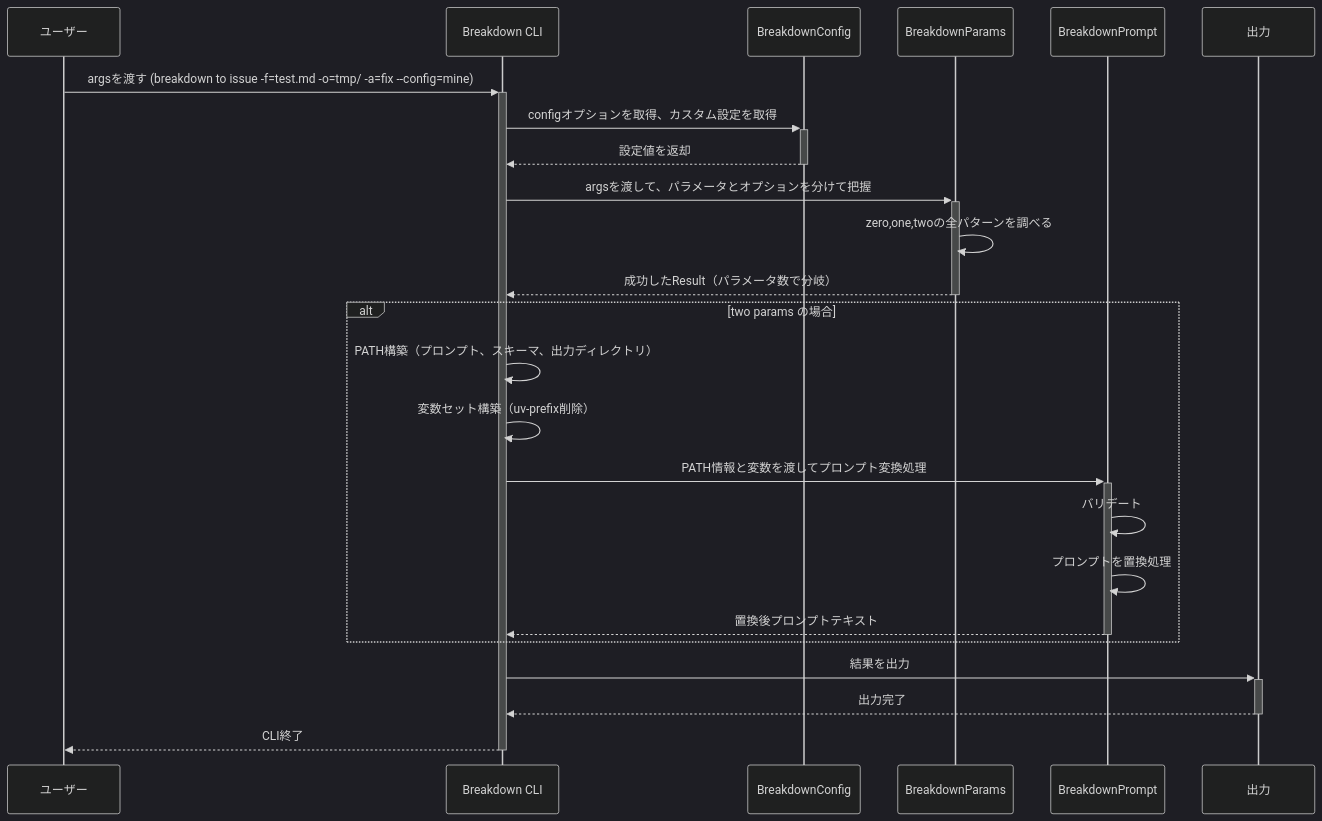
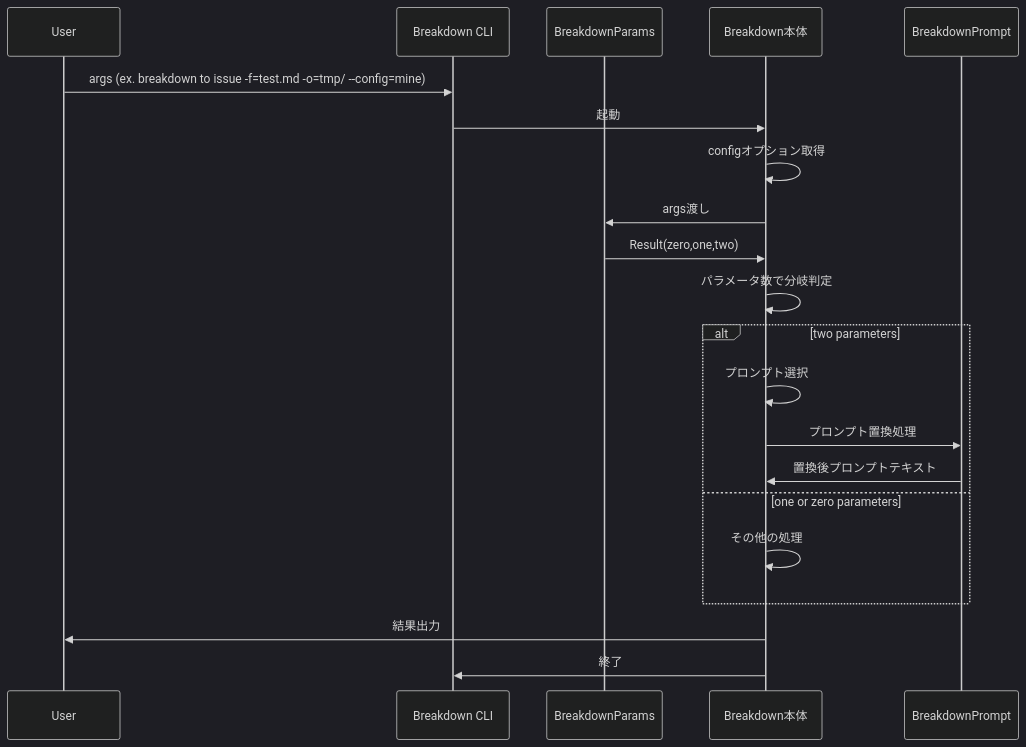
One commit to tettuan/breakdown changed the first of 5 diagrams in docs/breakdown/architecture.ja.md. Above: the diagram before and after it, drawn with Mermaid (dark theme). The commit also changed other lines of this file, not shown here.

First line of the commit message:
docs: アーキテクチャ文書に階層別シーケンス図を追加

````diff
--- a/docs/breakdown/architecture.ja.md
+++ b/docs/breakdown/architecture.ja.md
@@ -125,30 +143,26 @@
 ```mermaid
 sequenceDiagram
-    participant User as ユーザー
+    participant User
     participant CLI as Breakdown CLI
-    participant Config as BreakdownConfig
     participant Params as BreakdownParams
+    participant Core as Breakdown本体
     participant Prompt as BreakdownPrompt
-    participant Output as 出力
-
-    User->>+CLI: argsを渡す (breakdown to issue -f=test.md -o=tmp/ -a=fix --config=mine)
-    CLI->>+Config: configオプションを取得、カスタム設定を取得
-    Config-->>-CLI: 設定値を返却
     
-    CLI->>+Params: argsを渡して、パラメータとオプションを分けて把握
-    Params->>Params: zero,one,twoの全パターンを調べる
-    Params-->>-CLI: 成功したResult（パラメータ数で分岐）
+    User->>CLI: args (ex. breakdown to issue -f=test.md -o=tmp/ --config=mine)
+    CLI->>Core: 起動
+    Core->>Core: configオプション取得
+    Core->>Params: args渡し
+    Params->>Core: Result(zero,one,two)
+    Core->>Core: パラメータ数で分岐判定
     
-    alt two params の場合
-        CLI->>CLI: PATH構築（プロンプト、スキーマ、出力ディレクトリ）
-        CLI->>CLI: 変数セット構築（uv-prefix削除）
-        CLI->>+Prompt: PATH情報と変数を渡してプロンプト変換処理
-        Prompt->>Prompt: バリデート
-        Prompt->>Prompt: プロンプトを置換処理
-        Prompt-->>-CLI: 置換後プロンプトテキスト
+    alt two parameters
+        Core->>Core: プロンプト選択
+        Core->>Prompt: プロンプト置換処理
+        Prompt->>Core: 置換後プロンプトテキスト
+    else one or zero parameters
+        Core->>Core: その他の処理
     end
     
-    CLI->>+Output: 結果を出力
-    Output-->>-CLI: 出力完了
-    CLI-->>-User: CLI終了
+    Core->>User: 結果出力
+    Core->>CLI: 終了
 ```
````
